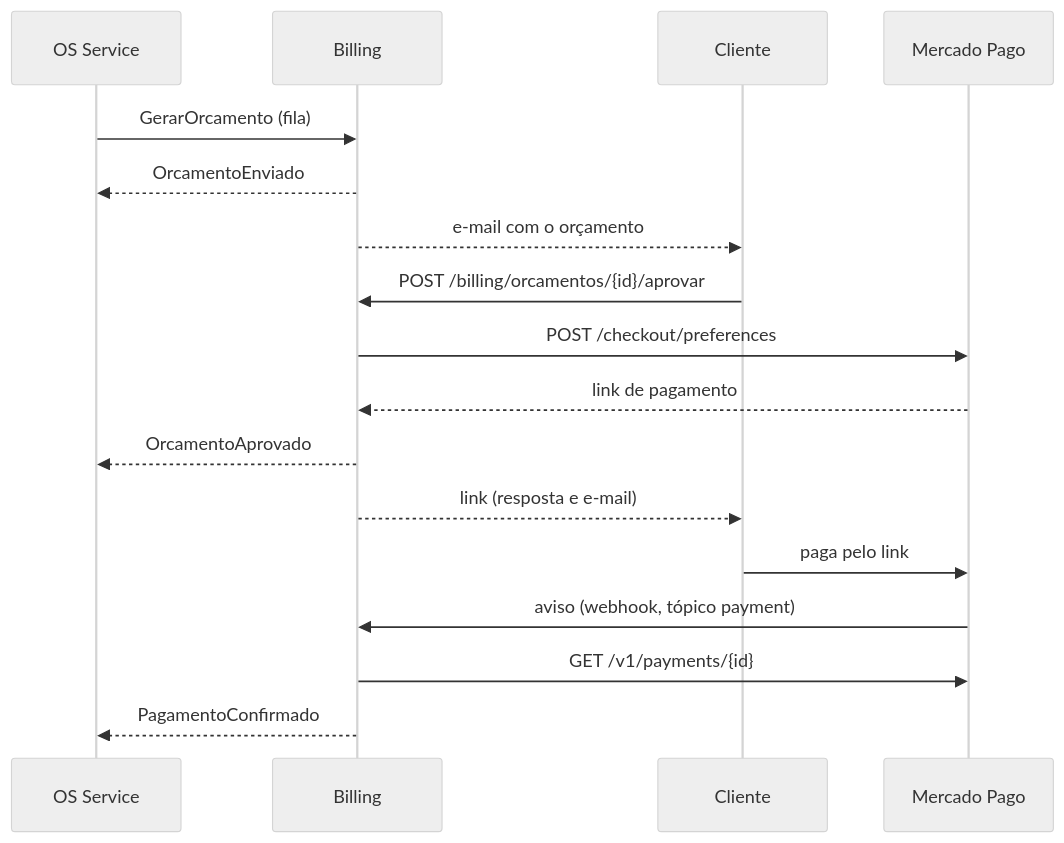
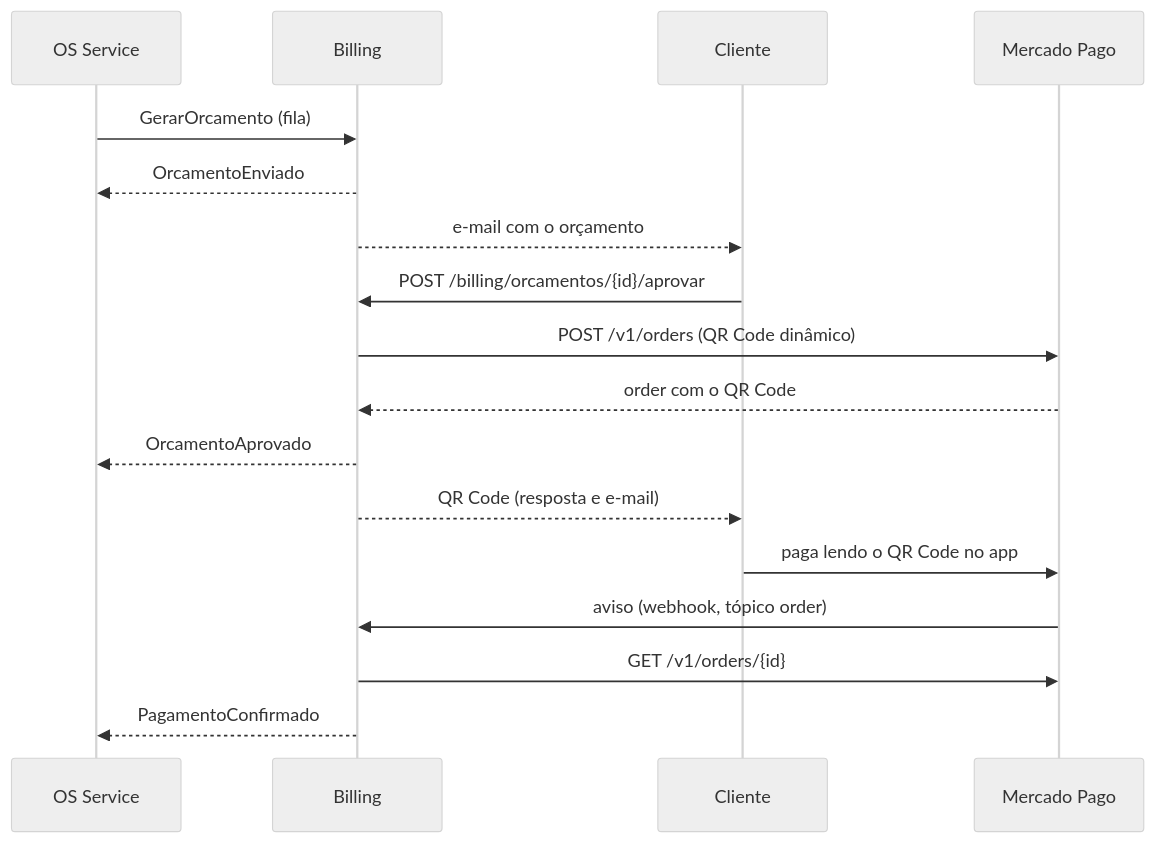
One commit to fiap-soat-oficina-tech-challenge/oficina-billing-service changed the third of 4 diagrams in README.md. Above: the diagram before and after it, drawn with Mermaid (neutral theme). The commit also changed other lines of this file and 44 other files, not shown here.

First line of the commit message:
Pagamento pelo QR Code dinâmico do Mercado Pago

````diff
--- a/README.md
+++ b/README.md
@@ -104,20 +103,20 @@
 ```mermaid
 sequenceDiagram
     participant OS as OS Service
     participant BI as Billing
     participant CL as Cliente
     participant MP as Mercado Pago
 
     OS->>BI: GerarOrcamento (fila)
     BI-->>OS: OrcamentoEnviado
     BI-->>CL: e-mail com o orçamento
     CL->>BI: POST /billing/orcamentos/{id}/aprovar
-    BI->>MP: POST /checkout/preferences
-    MP-->>BI: link de pagamento
+    BI->>MP: POST /v1/orders (QR Code dinâmico)
+    MP-->>BI: order com o QR Code
     BI-->>OS: OrcamentoAprovado
-    BI-->>CL: link (resposta e e-mail)
-    CL->>MP: paga pelo link
-    MP->>BI: aviso (webhook, tópico payment)
-    BI->>MP: GET /v1/payments/{id}
+    BI-->>CL: QR Code (resposta e e-mail)
+    CL->>MP: paga lendo o QR Code no app
+    MP->>BI: aviso (webhook, tópico order)
+    BI->>MP: GET /v1/orders/{id}
     BI-->>OS: PagamentoConfirmado
 ```
````
